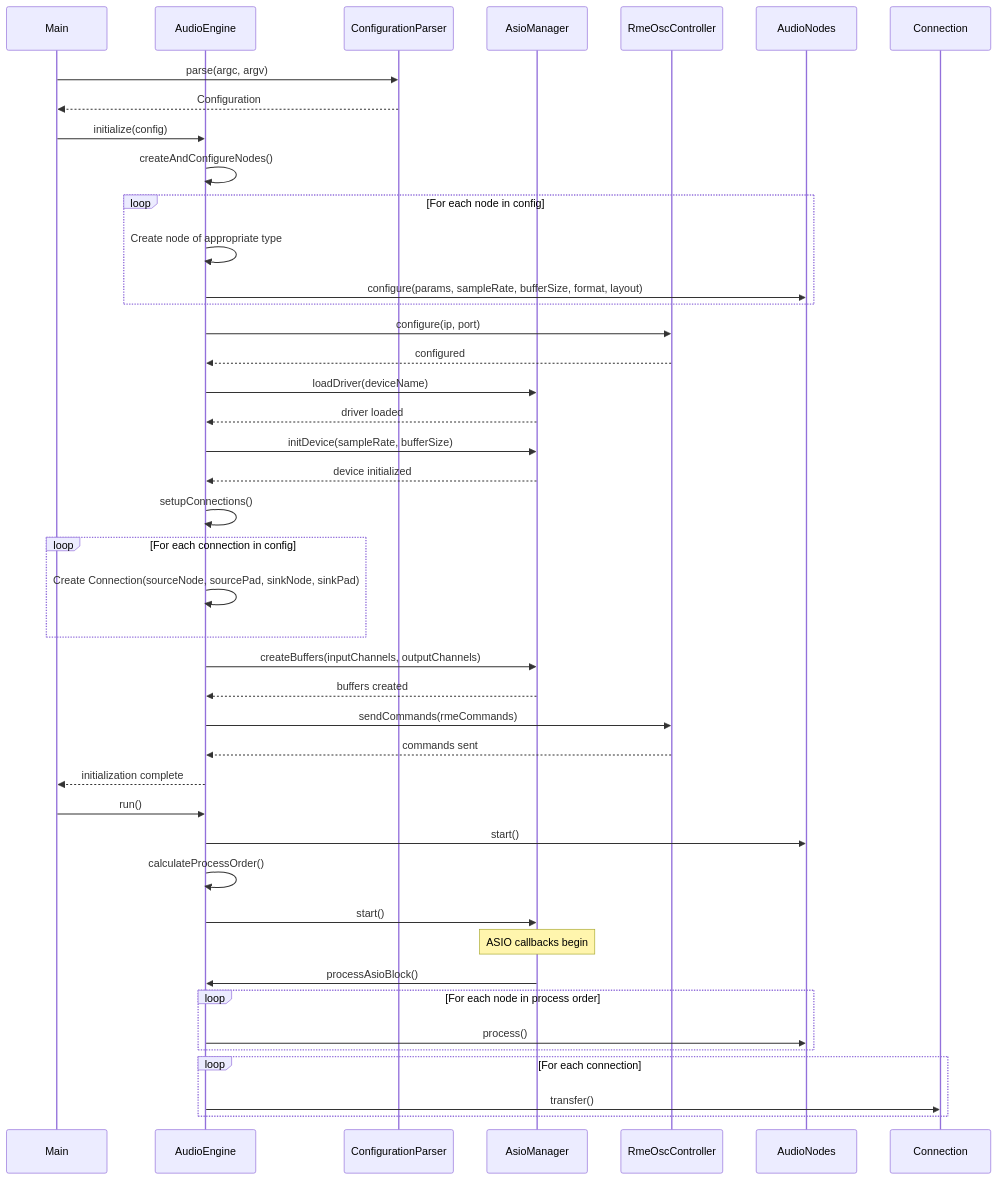
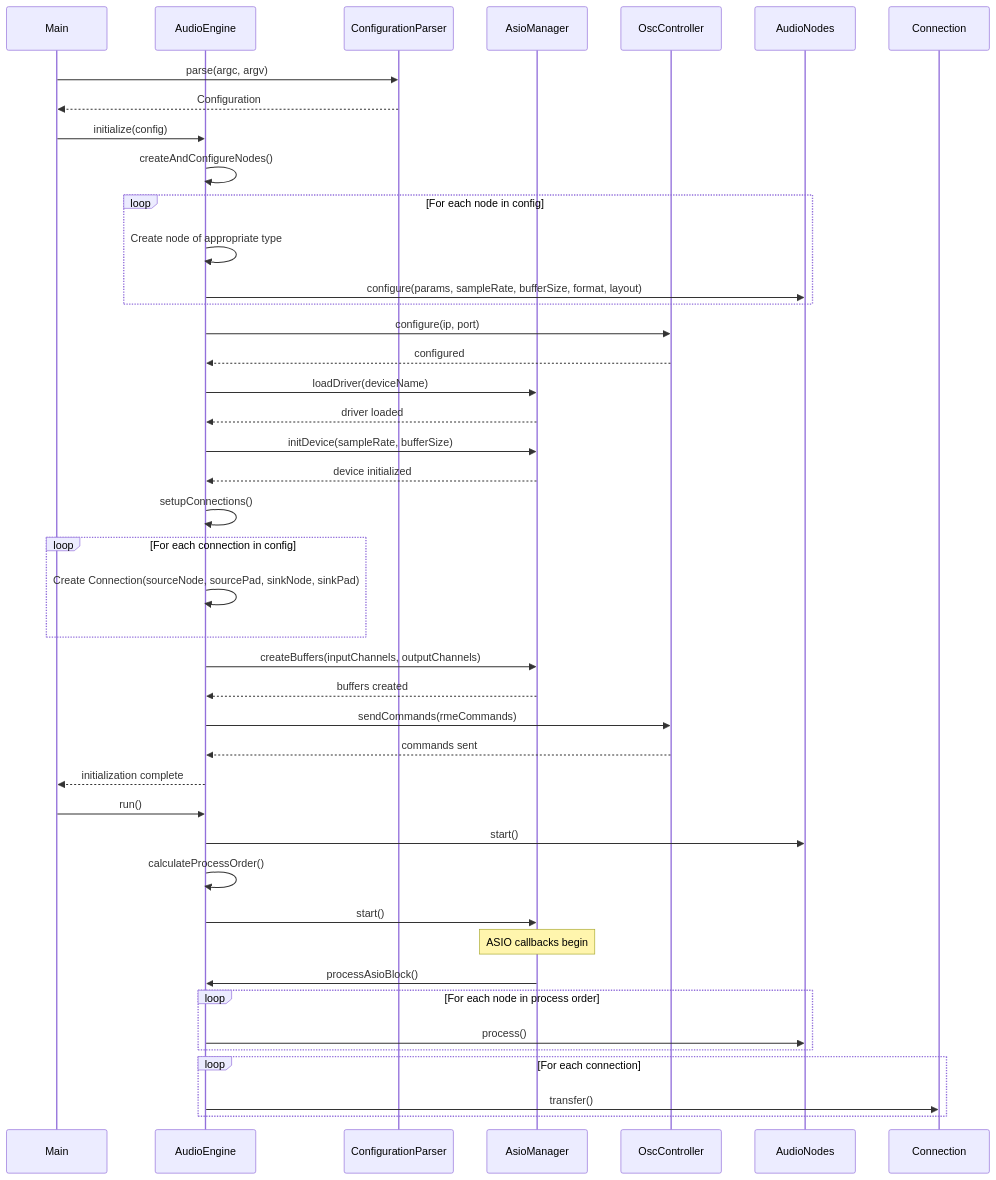
Before and after one commit to david-t-martel/oscmex: the third of 4 diagrams in src/AudioEngine/MERMAID.md, drawn with Mermaid. The commit also changed other lines of this file and 6 other files, not shown here.

Commit message:
Refactor OSC controller integration: rename RmeOscController to OscController and update related methods and configurations

````diff
--- a/src/AudioEngine/MERMAID.md
+++ b/src/AudioEngine/MERMAID.md
@@ -292,60 +292,60 @@
 ```mermaid
 sequenceDiagram
     participant Main
     participant Engine as AudioEngine
     participant Config as ConfigurationParser
     participant ASIO as AsioManager
-    participant RME as RmeOscController
+    participant RME as OscController
     participant Nodes as AudioNodes
 
     Main->>Config: parse(argc, argv)
     Config-->>Main: Configuration
 
     Main->>Engine: initialize(config)
     Engine->>Engine: createAndConfigureNodes()
 
     loop For each node in config
         Engine->>Engine: Create node of appropriate type
         Engine->>Nodes: configure(params, sampleRate, bufferSize, format, layout)
     end
 
     Engine->>RME: configure(ip, port)
     RME-->>Engine: configured
 
     Engine->>ASIO: loadDriver(deviceName)
     ASIO-->>Engine: driver loaded
 
     Engine->>ASIO: initDevice(sampleRate, bufferSize)
     ASIO-->>Engine: device initialized
 
     Engine->>Engine: setupConnections()
 
     loop For each connection in config
         Engine->>Engine: Create Connection(sourceNode, sourcePad, sinkNode, sinkPad)
     end
 
     Engine->>ASIO: createBuffers(inputChannels, outputChannels)
     ASIO-->>Engine: buffers created
 
     Engine->>RME: sendCommands(rmeCommands)
     RME-->>Engine: commands sent
 
     Engine-->>Main: initialization complete
 
     Main->>Engine: run()
     Engine->>Nodes: start()
     Engine->>Engine: calculateProcessOrder()
     Engine->>ASIO: start()
 
     Note over ASIO: ASIO callbacks begin
 
     ASIO->>Engine: processAsioBlock()
 
     loop For each node in process order
         Engine->>Nodes: process()
     end
 
     loop For each connection
         Engine->>Connection: transfer()
     end
 ```
````
